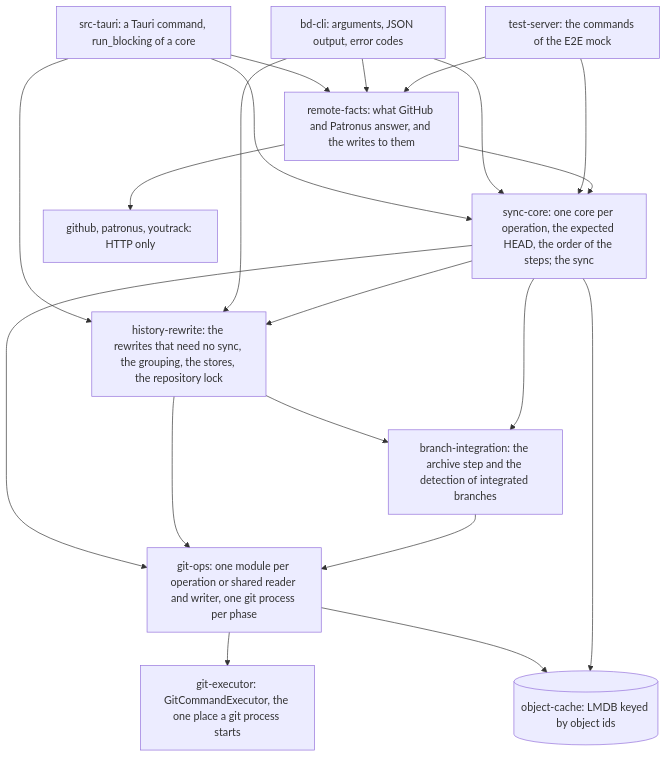
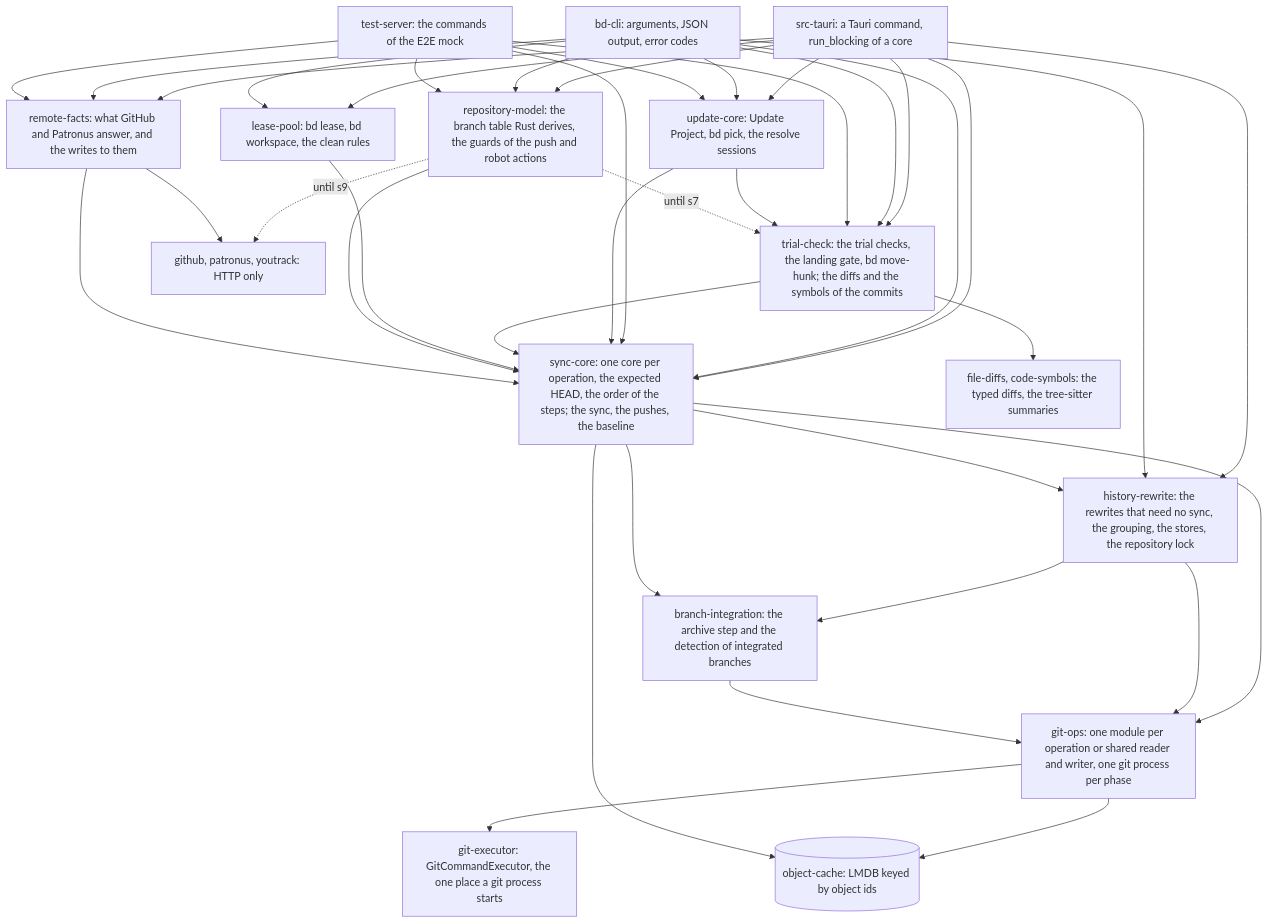
The first of 2 diagrams in docs/design/git-operations.md (develar/branch-deck), drawn with Mermaid before and after one commit. The commit also changed other lines of this file and 3 other files, not shown here.

````diff
--- a/docs/design/git-operations.md
+++ b/docs/design/git-operations.md
@@ -37,21 +37,28 @@
 ```mermaid
 flowchart TD
     APP[src-tauri: a Tauri command, run_blocking of a core] --> CORE
     BD[bd-cli: arguments, JSON output, error codes] --> CORE
     E2E[test-server: the commands of the E2E mock] --> CORE
-    CORE[sync-core: one core per operation, the expected HEAD, the order of the steps; the sync] --> OPS
+    APP & BD & E2E --> UC & TC & RM & RF
+    APP & BD --> LP
+    UC[update-core: Update Project, bd pick, the resolve sessions] --> TC
+    UC --> CORE
+    TC[trial-check: the trial checks, the landing gate, bd move-hunk; the diffs and the symbols of the commits] --> CORE
+    TC --> FD[file-diffs, code-symbols: the typed diffs, the tree-sitter summaries]
+    LP[lease-pool: bd lease, bd workspace, the clean rules] --> CORE
+    RM[repository-model: the branch table Rust derives, the guards of the push and robot actions] --> CORE
+    RM -.->|until s7| TC
+    RM -.->|until s9| NET
+    CORE[sync-core: one core per operation, the expected HEAD, the order of the steps; the sync, the pushes, the baseline] --> OPS
     APP --> HR
     BD --> HR
     CORE --> HR[history-rewrite: the rewrites that need no sync, the grouping, the stores, the repository lock] --> OPS
     HR --> BI
     CORE --> BI[branch-integration: the archive step and the detection of integrated branches]
     BI --> OPS[git-ops: one module per operation or shared reader and writer, one git process per phase]
     OPS --> EX[git-executor: GitCommandExecutor, the one place a git process starts]
     OPS --> OC[(object-cache: LMDB keyed by object ids)]
     CORE --> OC
-    APP --> RF
-    BD --> RF
-    E2E --> RF
     RF[remote-facts: what GitHub and Patronus answer, and the writes to them] --> CORE
     RF --> NET[github, patronus, youtrack: HTTP only]
 ```
````
